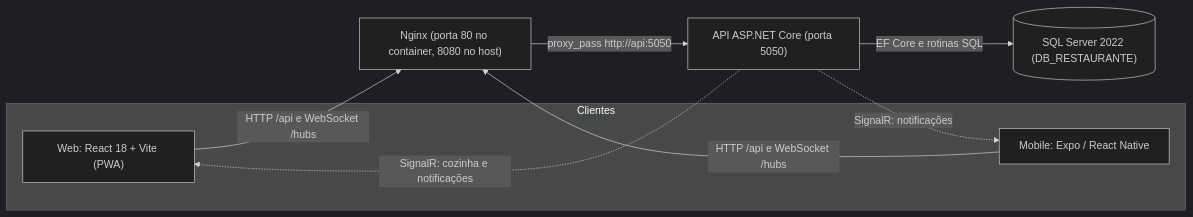
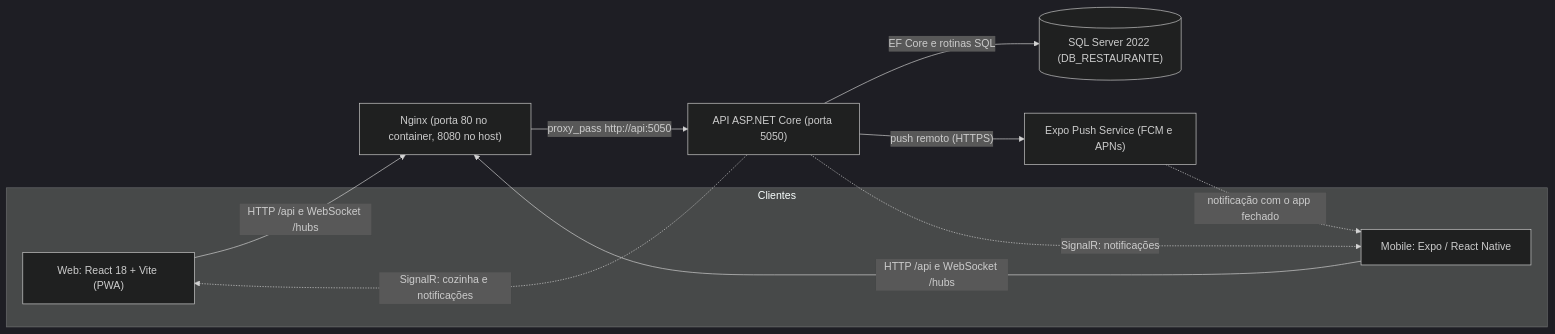
One commit to derickG0mes/systemic-pim changed the first of 5 diagrams in docs/ARQUITETURA.md. Above: the diagram before and after it, drawn with Mermaid (dark theme). The commit also changed other lines of this file and 10 other files, not shown here.

First line of the commit message:
docs: documenta push remoto, credenciais e demais ajustes; cria CHANGELOG

````diff
--- a/docs/ARQUITETURA.md
+++ b/docs/ARQUITETURA.md
@@ -10,17 +10,20 @@
 ```mermaid
 flowchart LR
     subgraph Clientes
         W["Web: React 18 + Vite (PWA)"]
         M["Mobile: Expo / React Native"]
     end
     N["Nginx (porta 80 no container, 8080 no host)"]
     A["API ASP.NET Core (porta 5050)"]
     D[("SQL Server 2022 (DB_RESTAURANTE)")]
 
     W -- "HTTP /api e WebSocket /hubs" --> N
     M -- "HTTP /api e WebSocket /hubs" --> N
     N -- "proxy_pass http://api:5050" --> A
     A -- "EF Core e rotinas SQL" --> D
     A -. "SignalR: cozinha e notificações" .-> W
     A -. "SignalR: notificações" .-> M
+    X["Expo Push Service (FCM e APNs)"]
+    A -- "push remoto (HTTPS)" --> X
+    X -. "notificação com o app fechado" .-> M
 ```
````
